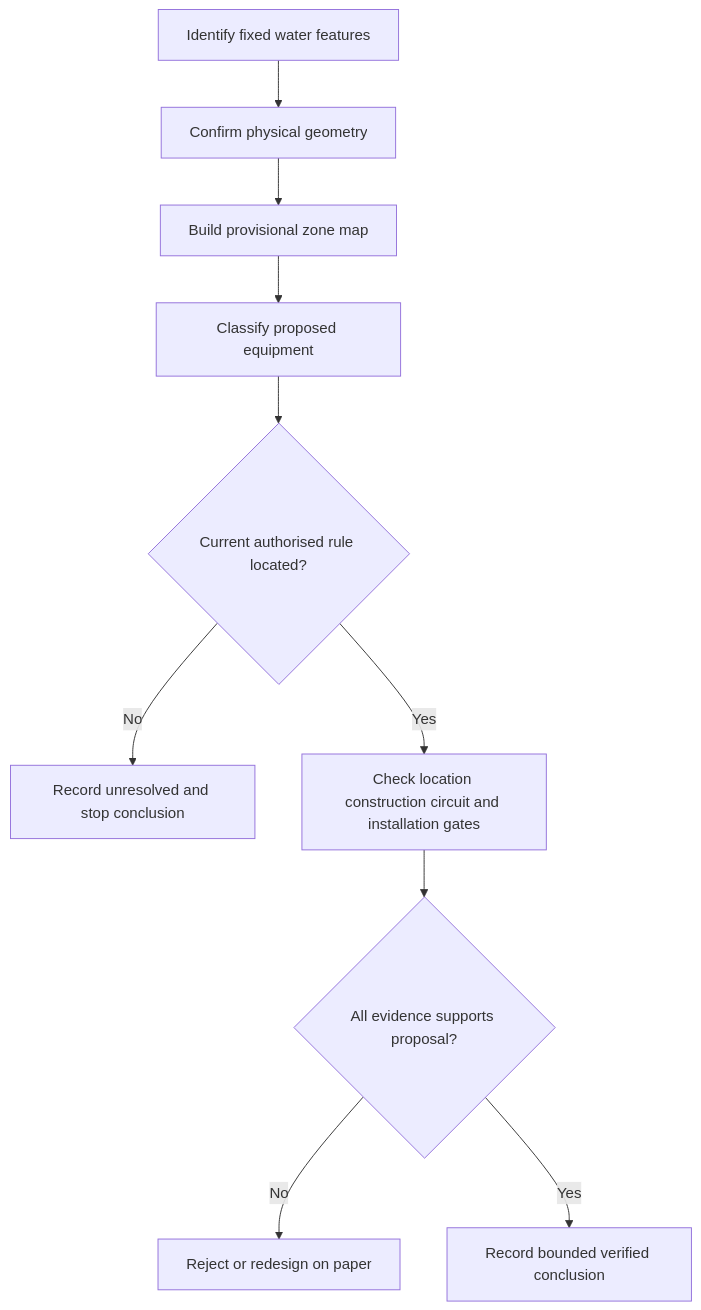
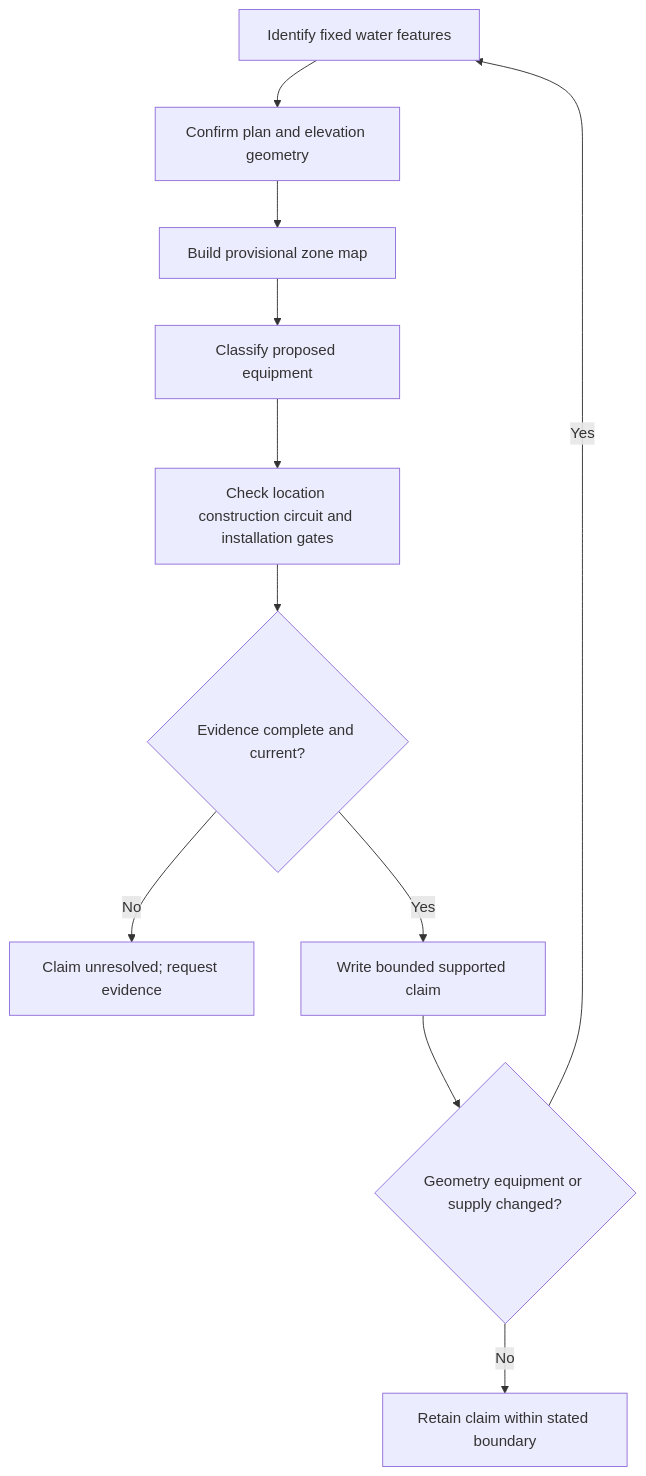
One commit to andrew3stedall/capstone changed the first of 2 diagrams in docs/learning-plans/4-week/modules/day-17-bathrooms-showers-and-other-wet-areas.md. Above: the diagram before and after it, drawn with Mermaid. The commit also changed other lines of this file, not shown here.

Commit message:
Complete Day 17 quality-improvement pass

````diff
--- a/docs/learning-plans/4-week/modules/day-17-bathrooms-showers-and-other-wet-areas.md
+++ b/docs/learning-plans/4-week/modules/day-17-bathrooms-showers-and-other-wet-areas.md
@@ -117,12 +111,13 @@
 ```mermaid
 flowchart TD
-    A["Identify fixed water features"] --> B["Confirm physical geometry"]
+    A["Identify fixed water features"] --> B["Confirm plan and elevation geometry"]
     B --> C["Build provisional zone map"]
     C --> D["Classify proposed equipment"]
-    D --> E{"Current authorised rule located?"}
-    E -- No --> F["Record unresolved and stop conclusion"]
-    E -- Yes --> G["Check location construction circuit and installation gates"]
-    G --> H{"All evidence supports proposal?"}
-    H -- No --> I["Reject or redesign on paper"]
-    H -- Yes --> J["Record bounded verified conclusion"]
+    D --> E["Check location construction circuit and installation gates"]
+    E --> F{"Evidence complete and current?"}
+    F -->|"No"| G["Claim unresolved; request evidence"]
+    F -->|"Yes"| H["Write bounded supported claim"]
+    H --> I{"Geometry equipment or supply changed?"}
+    I -->|"Yes"| A
+    I -->|"No"| J["Retain claim within stated boundary"]
 ```
````
